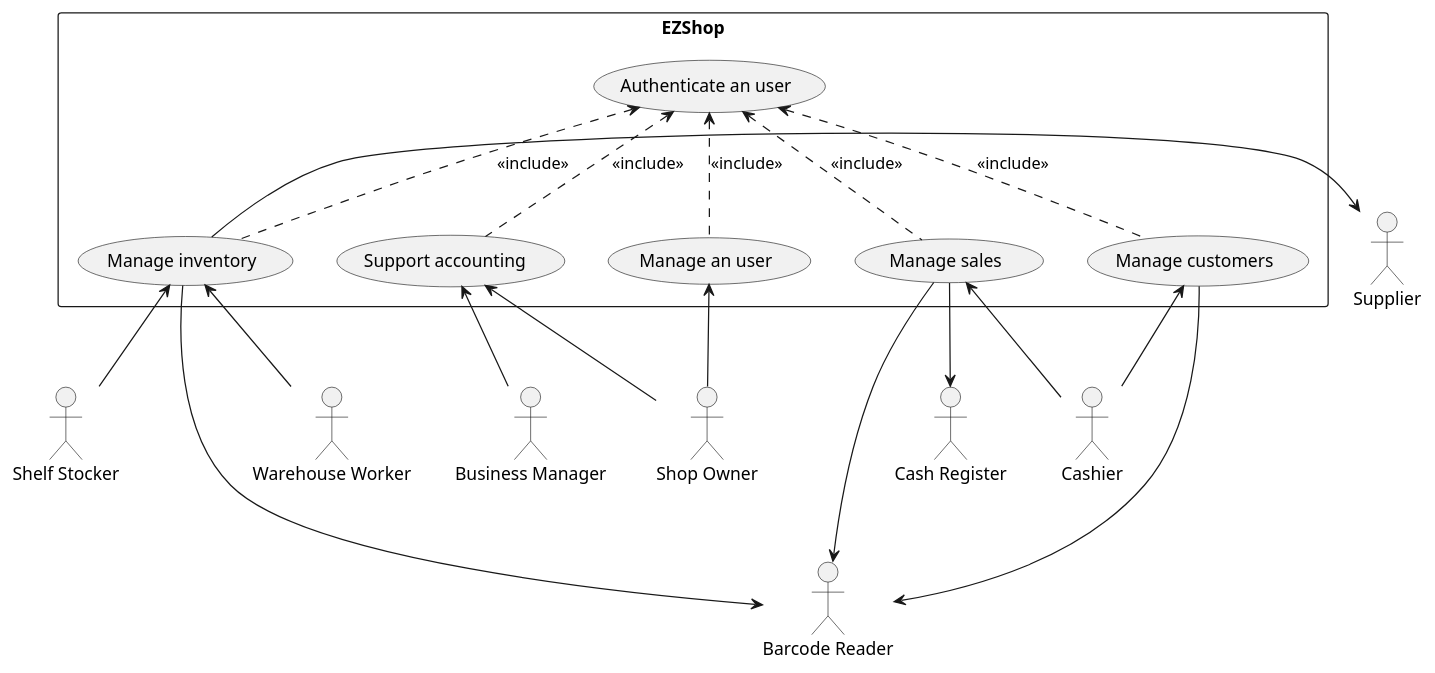
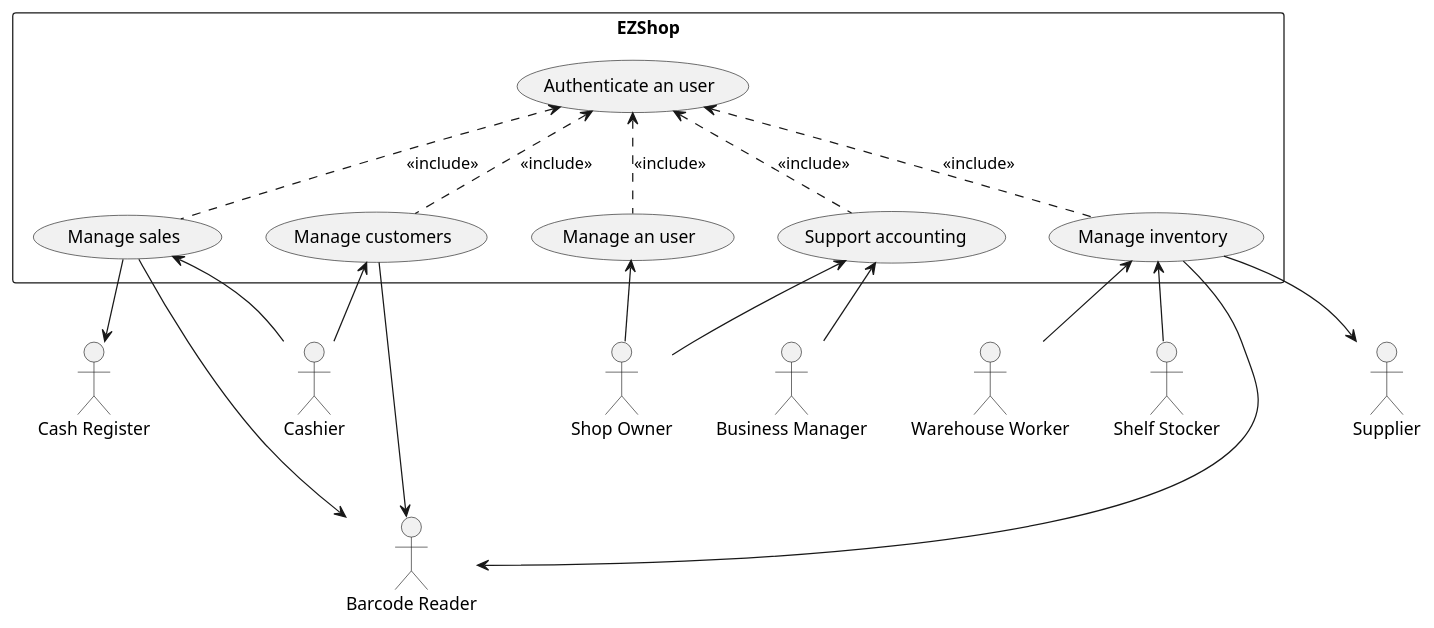
The second of 5 diagrams in Deliverables/RequirementsDocument.md (gioele-scaletta/EZShop-Software-Engineering-Project), drawn with PlantUML before and after one commit.

Commit message:
version_0.6

````diff
--- a/Deliverables/RequirementsDocument.md
+++ b/Deliverables/RequirementsDocument.md
@@ -170,45 +170,45 @@
 ```plantuml
 actor "Shop Owner" as so
 actor "Cashier" as c
 actor "Warehouse Worker" as ww
 actor "Shelf Stocker" as ss
 actor "Barcode Reader" as br
 actor "Cash Register" as cr
 actor "Supplier" as s
 actor "Business Manager" as bm
  
 rectangle EZShop {
     usecase "Authenticate an user" as F1
     usecase "Manage an user" as F2
     usecase "Manage sales" as F3
     usecase "Manage inventory" as F4
     usecase "Manage customers" as F5
     usecase "Support accounting " as F6
 }
  
 F1 <.. F2 : <<include>>
 F1 <.. F3 : <<include>>
 F1 <.. F4 : <<include>>
 F1 <.. F5 : <<include>>
 F1 <.. F6 : <<include>>
 
  
 F2 <-- so
  
 F3 <-- c
 F3 --> cr
 F3 ---> br
  
 F4 ---> br
 F4 <-- ww
 F4 <-- ss
  
-F4 -> s
+F4 --> s
  
 F5 <-- c
 F5 ---> br
  
 F6 <-- bm
 F6 <-- so
 
 ```
````
